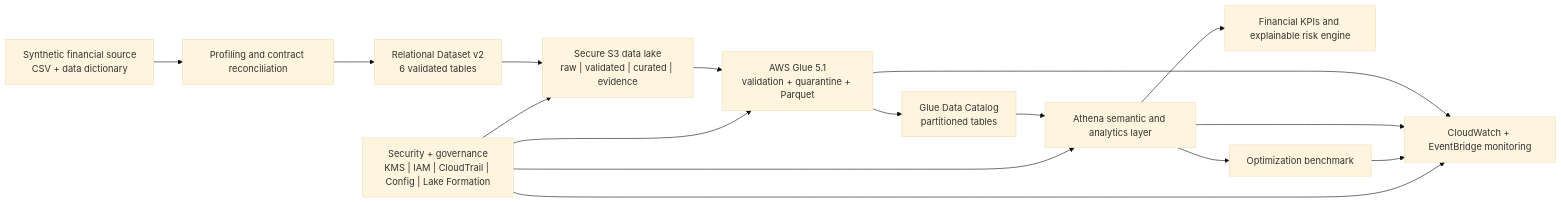
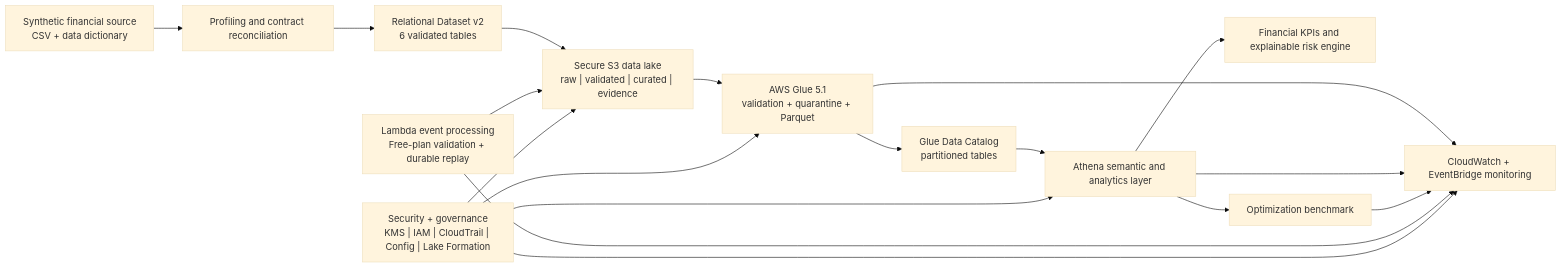
One commit to DevDataMLOps/Zipco-Financial-Risk-Intelligence-platform changed the diagram in README.md. Above: the diagram before and after it, drawn with Mermaid (base theme). The commit also changed other lines of this file and 37 other files, not shown here.

````diff
--- a/README.md
+++ b/README.md
@@ -22,18 +27,20 @@
 ```mermaid
 flowchart LR
     SOURCE["Synthetic financial source<br/>CSV + data dictionary"] --> PROFILE["Profiling and contract reconciliation"]
     PROFILE --> V2["Relational Dataset v2<br/>6 validated tables"]
     V2 --> S3["Secure S3 data lake<br/>raw | validated | curated | evidence"]
     S3 --> GLUE["AWS Glue 5.1<br/>validation + quarantine + Parquet"]
     GLUE --> CATALOG["Glue Data Catalog<br/>partitioned tables"]
     CATALOG --> ATHENA["Athena semantic and analytics layer"]
     ATHENA --> BI["Financial KPIs and explainable risk engine"]
     ATHENA --> PERF["Optimization benchmark"]
     GLUE --> OPS["CloudWatch + EventBridge monitoring"]
     ATHENA --> OPS
     PERF --> OPS
+    STREAM["Lambda event processing<br/>Free-plan validation + durable replay"] --> S3
+    STREAM --> OPS
     SECURITY["Security + governance<br/>KMS | IAM | CloudTrail | Config | Lake Formation"] --> S3
     SECURITY --> GLUE
     SECURITY --> ATHENA
     SECURITY --> OPS
 ```
````
